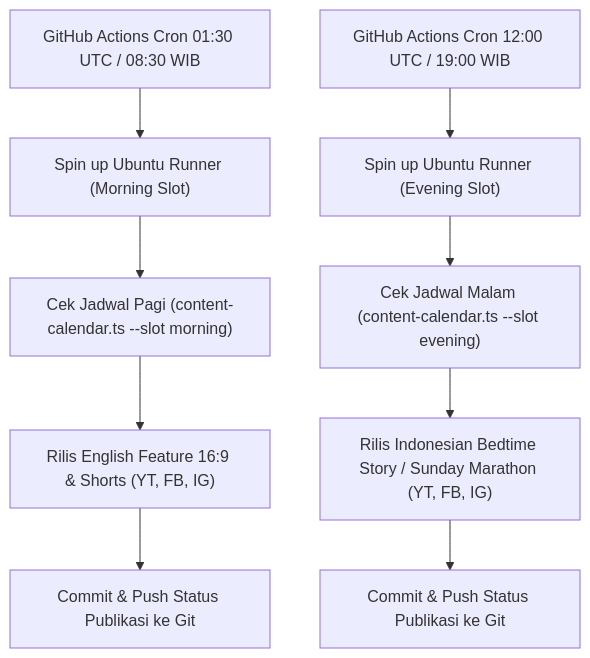
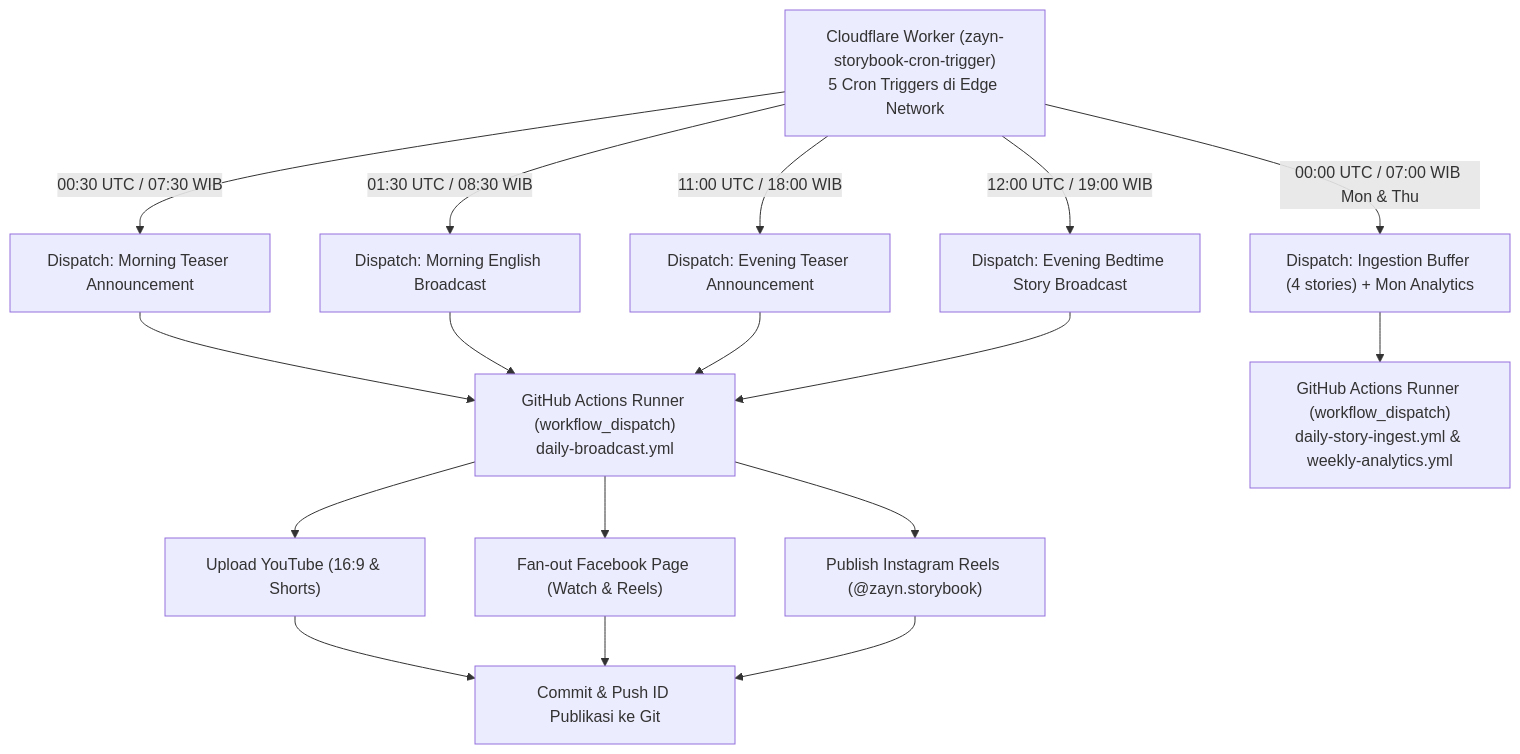
Before and after one commit to ramustha/storybook-video-generator: the diagram in docs/production-schedule-month-1.md, drawn with Mermaid. The commit also changed other lines of this file and 5 other files, not shown here.

Commit message:
chore(ci): migrate all cron schedules to cloudflare (#68)

````diff
--- a/docs/production-schedule-month-1.md
+++ b/docs/production-schedule-month-1.md
@@ -128,12 +128,16 @@
 ```mermaid
 flowchart TD
-    CronMorning["GitHub Actions Cron 01:30 UTC / 08:30 WIB"] --> RunnerM["Spin up Ubuntu Runner (Morning Slot)"]
-    RunnerM --> CheckCalM["Cek Jadwal Pagi (content-calendar.ts --slot morning)"]
-    CheckCalM --> PubEn["Rilis English Feature 16:9 & Shorts (YT, FB, IG)"]
-    PubEn --> SyncGitM["Commit & Push Status Publikasi ke Git"]
+    CF["Cloudflare Worker (zayn-storybook-cron-trigger)<br/>5 Cron Triggers di Edge Network"] -->|00:30 UTC / 07:30 WIB| D1["Dispatch: Morning Teaser Announcement"]
+    CF -->|01:30 UTC / 08:30 WIB| D2["Dispatch: Morning English Broadcast"]
+    CF -->|11:00 UTC / 18:00 WIB| D3["Dispatch: Evening Teaser Announcement"]
+    CF -->|12:00 UTC / 19:00 WIB| D4["Dispatch: Evening Bedtime Story Broadcast"]
+    CF -->|00:00 UTC / 07:00 WIB Mon & Thu| D5["Dispatch: Ingestion Buffer (4 stories) + Mon Analytics"]
 
-    CronEvening["GitHub Actions Cron 12:00 UTC / 19:00 WIB"] --> RunnerE["Spin up Ubuntu Runner (Evening Slot)"]
-    RunnerE --> CheckCalE["Cek Jadwal Malam (content-calendar.ts --slot evening)"]
-    CheckCalE --> PubId["Rilis Indonesian Bedtime Story / Sunday Marathon (YT, FB, IG)"]
-    PubId --> SyncGitE["Commit & Push Status Publikasi ke Git"]
+    D1 & D2 & D3 & D4 --> GHA["GitHub Actions Runner (workflow_dispatch)<br/>daily-broadcast.yml"]
+    D5 --> GHI["GitHub Actions Runner (workflow_dispatch)<br/>daily-story-ingest.yml & weekly-analytics.yml"]
+
+    GHA --> PubYT["Upload YouTube (16:9 & Shorts)"]
+    GHA --> PubFB["Fan-out Facebook Page (Watch & Reels)"]
+    GHA --> PubIG["Publish Instagram Reels (@zayn.storybook)"]
+    PubYT & PubFB & PubIG --> SyncGit["Commit & Push ID Publikasi ke Git"]
 ```
````
